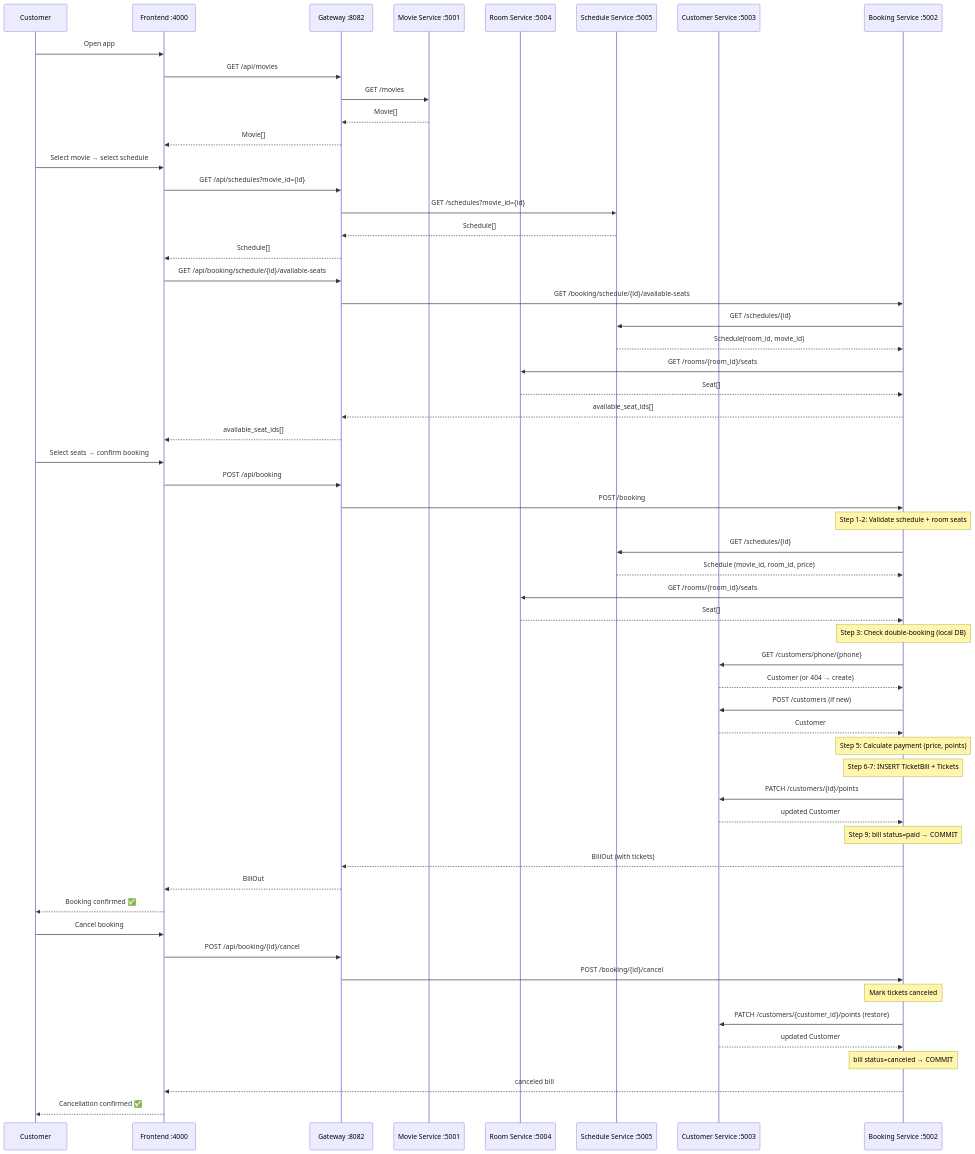
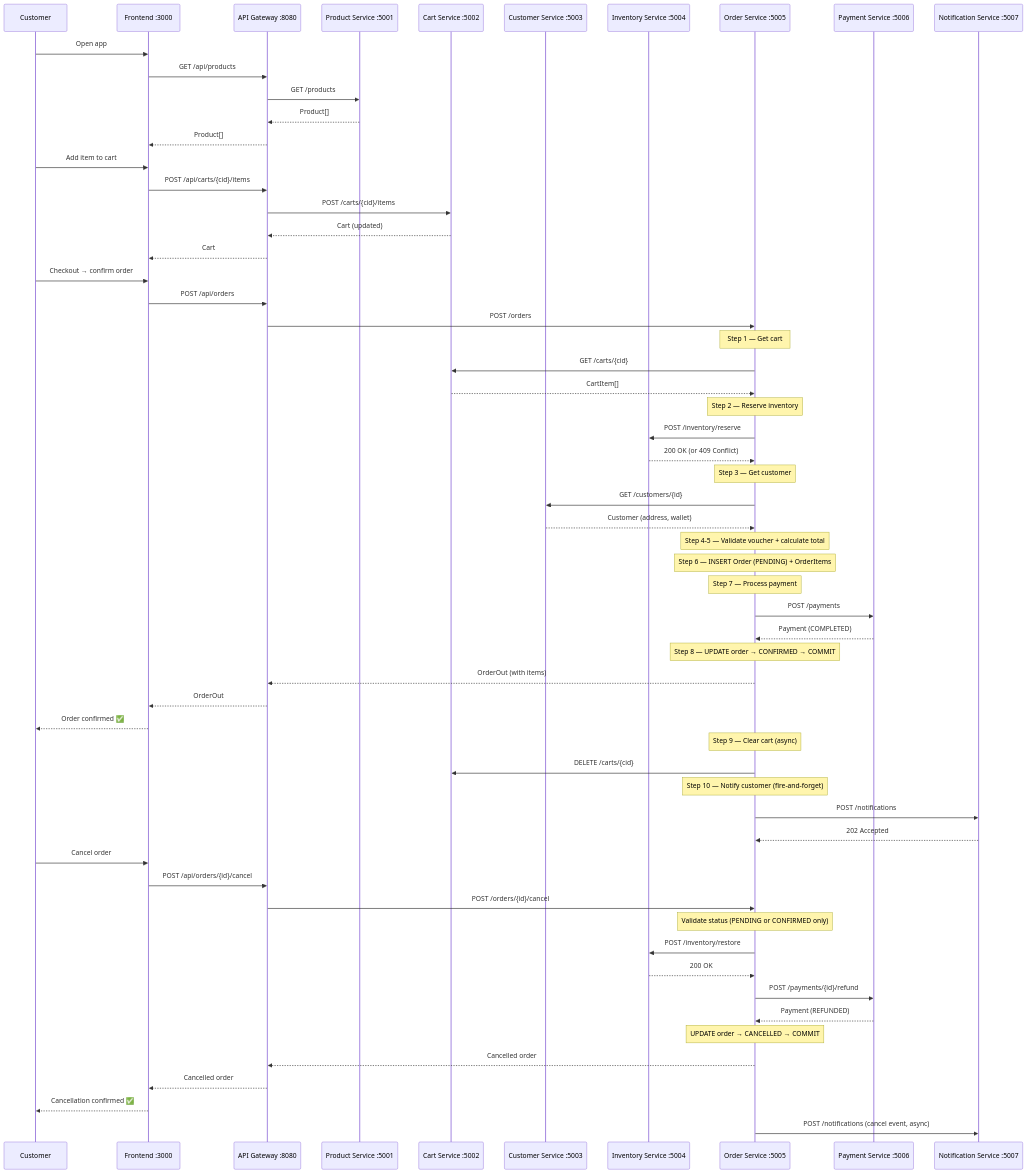
One commit to quyptit427/microservices-assignment-starter changed the first of 7 diagrams in docs/analysis-and-design.md. Above: the diagram before and after it, drawn with Mermaid. The commit also changed other lines of this file, not shown here.

````diff
--- a/docs/analysis-and-design.md
+++ b/docs/analysis-and-design.md
@@ -209,67 +266,84 @@
 ```mermaid
 sequenceDiagram
     participant C as Customer
-    participant FE as Frontend :4000
-    participant GW as Gateway :8082
-    participant MO as Movie Service :5001
-    participant RO as Room Service :5004
-    participant SD as Schedule Service :5005
+    participant FE as Frontend :3000
+    participant GW as API Gateway :8080
+    participant PS as Product Service :5001
+    participant CS as Cart Service :5002
     participant CU as Customer Service :5003
-    participant BO as Booking Service :5002
+    participant IV as Inventory Service :5004
+    participant OS as Order Service :5005
+    participant PY as Payment Service :5006
+    participant NS as Notification Service :5007
 
-    %% Browse movies
+    %% Browse & search
     C->>FE: Open app
-    FE->>GW: GET /api/movies
-    GW->>MO: GET /movies
-    MO-->>GW: Movie[]
-    GW-->>FE: Movie[]
+    FE->>GW: GET /api/products
+    GW->>PS: GET /products
+    PS-->>GW: Product[]
+    GW-->>FE: Product[]
 
-    %% View schedules & seat map
-    C->>FE: Select movie → select schedule
-    FE->>GW: GET /api/schedules?movie_id={id}
-    GW->>SD: GET /schedules?movie_id={id}
-    SD-->>GW: Schedule[]
-    GW-->>FE: Schedule[]
-    FE->>GW: GET /api/booking/schedule/{id}/available-seats
-    GW->>BO: GET /booking/schedule/{id}/available-seats
-    BO->>SD: GET /schedules/{id}
-    SD-->>BO: Schedule(room_id, movie_id)
-    BO->>RO: GET /rooms/{room_id}/seats
-    RO-->>BO: Seat[]
-    BO-->>GW: available_seat_ids[]
-    GW-->>FE: available_seat_ids[]
+    %% Cart management
+    C->>FE: Add item to cart
+    FE->>GW: POST /api/carts/{cid}/items
+    GW->>CS: POST /carts/{cid}/items
+    CS-->>GW: Cart (updated)
+    GW-->>FE: Cart
 
-    %% Book tickets (Saga)
-    C->>FE: Select seats → confirm booking
-    FE->>GW: POST /api/booking
-    GW->>BO: POST /booking
-    Note over BO: Step 1-2: Validate schedule + room seats
-    BO->>SD: GET /schedules/{id}
-    SD-->>BO: Schedule (movie_id, room_id, price)
-    BO->>RO: GET /rooms/{room_id}/seats
-    RO-->>BO: Seat[]
-    Note over BO: Step 3: Check double-booking (local DB)
-    BO->>CU: GET /customers/phone/{phone}
-    CU-->>BO: Customer (or 404 → create)
-    BO->>CU: POST /customers (if new)
-    CU-->>BO: Customer
-    Note over BO: Step 5: Calculate payment (price, points)
-    Note over BO: Step 6-7: INSERT TicketBill + Tickets
-    BO->>CU: PATCH /customers/{id}/points
-    CU-->>BO: updated Customer
-    Note over BO: Step 9: bill status=paid → COMMIT
-    BO-->>GW: BillOut (with tickets)
-    GW-->>FE: BillOut
-    FE-->>C: Booking confirmed ✅
+    %% Place order (Saga)
+    C->>FE: Checkout → confirm order
+    FE->>GW: POST /api/orders
+    GW->>OS: POST /orders
 
-    %% Cancel booking (Compensation)
-    C->>FE: Cancel booking
-    FE->>GW: POST /api/booking/{id}/cancel
-    GW->>BO: POST /booking/{id}/cancel
-    Note over BO: Mark tickets canceled
-    BO->>CU: PATCH /customers/{customer_id}/points (restore)
-    CU-->>BO: updated Customer
-    Note over BO: bill status=canceled → COMMIT
-    BO-->>FE: canceled bill
+    Note over OS: Step 1 — Get cart
+    OS->>CS: GET /carts/{cid}
+    CS-->>OS: CartItem[]
+
+    Note over OS: Step 2 — Reserve inventory
+    OS->>IV: POST /inventory/reserve
+    IV-->>OS: 200 OK (or 409 Conflict)
+
+    Note over OS: Step 3 — Get customer
+    OS->>CU: GET /customers/{id}
+    CU-->>OS: Customer (address, wallet)
+
+    Note over OS: Step 4-5 — Validate voucher + calculate total
+
+    Note over OS: Step 6 — INSERT Order (PENDING) + OrderItems
+
+    Note over OS: Step 7 — Process payment
+    OS->>PY: POST /payments
+    PY-->>OS: Payment (COMPLETED)
+
+    Note over OS: Step 8 — UPDATE order → CONFIRMED → COMMIT
+    OS-->>GW: OrderOut (with items)
+    GW-->>FE: OrderOut
+    FE-->>C: Order confirmed ✅
+
+    Note over OS: Step 9 — Clear cart (async)
+    OS->>CS: DELETE /carts/{cid}
+
+    Note over OS: Step 10 — Notify customer (fire-and-forget)
+    OS->>NS: POST /notifications
+    NS-->>OS: 202 Accepted
+
+    %% Cancel order (Compensation)
+    C->>FE: Cancel order
+    FE->>GW: POST /api/orders/{id}/cancel
+    GW->>OS: POST /orders/{id}/cancel
+
+    Note over OS: Validate status (PENDING or CONFIRMED only)
+
+    OS->>IV: POST /inventory/restore
+    IV-->>OS: 200 OK
+
+    OS->>PY: POST /payments/{id}/refund
+    PY-->>OS: Payment (REFUNDED)
+
+    Note over OS: UPDATE order → CANCELLED → COMMIT
+    OS-->>GW: Cancelled order
+    GW-->>FE: Cancelled order
     FE-->>C: Cancellation confirmed ✅
+
+    OS->>NS: POST /notifications (cancel event, async)
 ```
````
